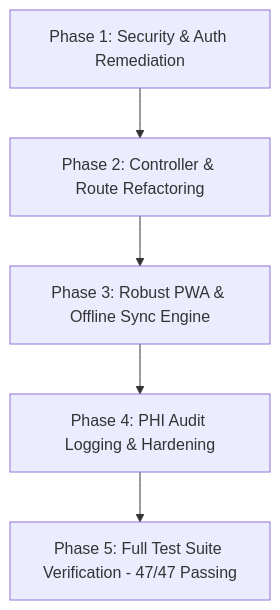
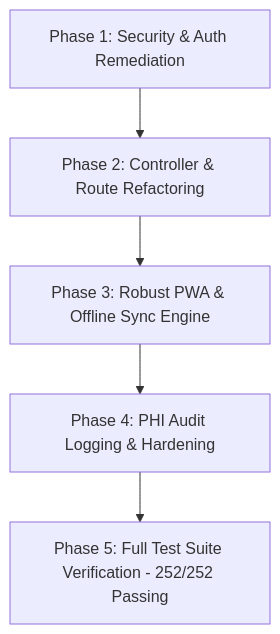
The diagram in maternal-healthcare/Senior Review - Pros Cons and Roadmap.md (HaggithCaray/maternal-healthcare), drawn with Mermaid before and after one commit. The commit also changed other lines of this file and 13 other files, not shown here.

````diff
--- a/maternal-healthcare/Senior Review - Pros Cons and Roadmap.md
+++ b/maternal-healthcare/Senior Review - Pros Cons and Roadmap.md
@@ -57,7 +57,7 @@
 ```mermaid
 graph TD
     A[Phase 1: Security & Auth Remediation] --> B[Phase 2: Controller & Route Refactoring]
     B --> C[Phase 3: Robust PWA & Offline Sync Engine]
     C --> D[Phase 4: PHI Audit Logging & Hardening]
-    D --> E[Phase 5: Full Test Suite Verification - 47/47 Passing]
+    D --> E[Phase 5: Full Test Suite Verification - 252/252 Passing]
 ```
````
